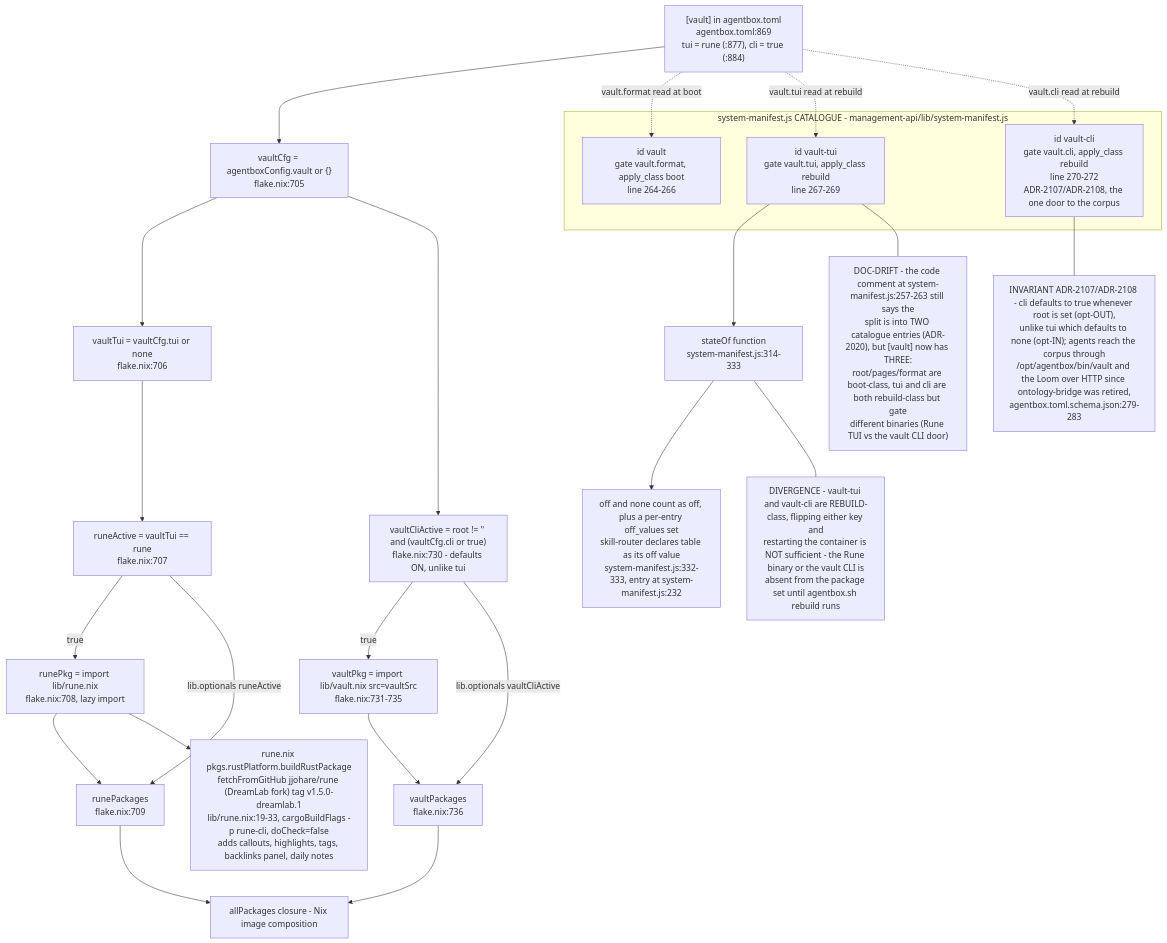
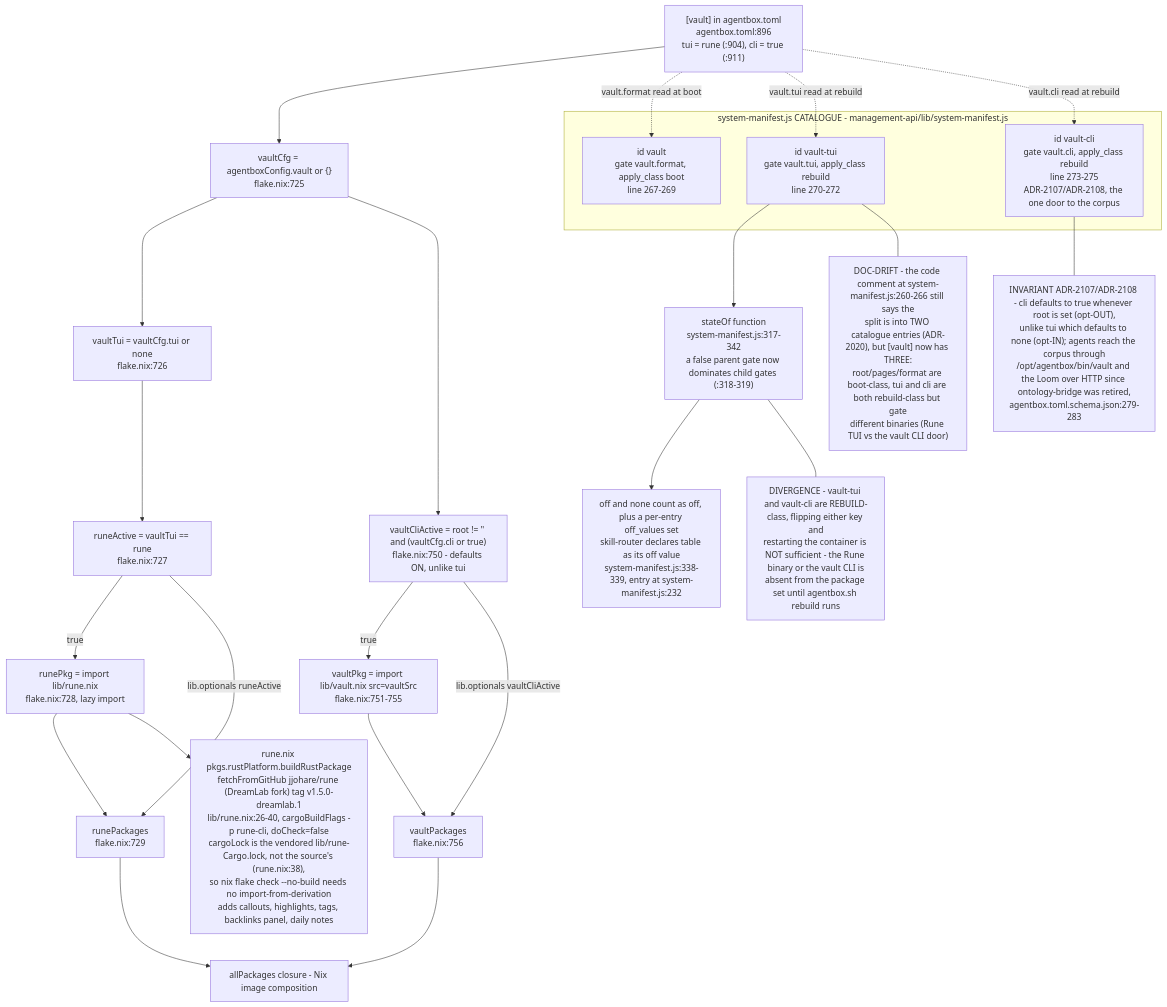
One commit to DreamLab-AI/VisionFlow changed the ninth of 10 diagrams in docs/diagrams/agentbox/01-nix-flake-composition.md. Above: the diagram before and after it, drawn with Mermaid. The commit also changed other lines of this file and 94 other files, not shown here.

First line of the commit message:
docs(diagrams): re-verify 130 topics against 2 October HEADs

````diff
--- a/docs/diagrams/agentbox/01-nix-flake-composition.md
+++ b/docs/diagrams/agentbox/01-nix-flake-composition.md
@@ -385,44 +399,44 @@
 ```mermaid
 flowchart TB
-    TOMLVAULT["[vault] in agentbox.toml<br/>agentbox.toml:869<br/>tui = rune (:877), cli = true (:884)"] --> VAULTCFG["vaultCfg = agentboxConfig.vault or {}<br/>flake.nix:705"]
+    TOMLVAULT["[vault] in agentbox.toml<br/>agentbox.toml:896<br/>tui = rune (:904), cli = true (:911)"] --> VAULTCFG["vaultCfg = agentboxConfig.vault or {}<br/>flake.nix:725"]
 
-    VAULTCFG --> TUIVAL["vaultTui = vaultCfg.tui or none<br/>flake.nix:706"]
-    TUIVAL --> RUNEACTIVE["runeActive = vaultTui == rune<br/>flake.nix:707"]
-    RUNEACTIVE -->|"true"| RUNEPKGIMPORT["runePkg = import lib/rune.nix<br/>flake.nix:708, lazy import"]
-    RUNEACTIVE -->|"lib.optionals runeActive"| RUNEPACKAGES["runePackages<br/>flake.nix:709"]
+    VAULTCFG --> TUIVAL["vaultTui = vaultCfg.tui or none<br/>flake.nix:726"]
+    TUIVAL --> RUNEACTIVE["runeActive = vaultTui == rune<br/>flake.nix:727"]
+    RUNEACTIVE -->|"true"| RUNEPKGIMPORT["runePkg = import lib/rune.nix<br/>flake.nix:728, lazy import"]
+    RUNEACTIVE -->|"lib.optionals runeActive"| RUNEPACKAGES["runePackages<br/>flake.nix:729"]
     RUNEPKGIMPORT --> RUNEPACKAGES
 
-    VAULTCFG --> CLIVAL["vaultCliActive = root != '' and (vaultCfg.cli or true)<br/>flake.nix:730 - defaults ON, unlike tui"]
-    CLIVAL -->|"true"| VAULTPKGIMPORT["vaultPkg = import lib/vault.nix src=vaultSrc<br/>flake.nix:731-735"]
-    CLIVAL -->|"lib.optionals vaultCliActive"| VAULTPACKAGES["vaultPackages<br/>flake.nix:736"]
+    VAULTCFG --> CLIVAL["vaultCliActive = root != '' and (vaultCfg.cli or true)<br/>flake.nix:750 - defaults ON, unlike tui"]
+    CLIVAL -->|"true"| VAULTPKGIMPORT["vaultPkg = import lib/vault.nix src=vaultSrc<br/>flake.nix:751-755"]
+    CLIVAL -->|"lib.optionals vaultCliActive"| VAULTPACKAGES["vaultPackages<br/>flake.nix:756"]
     VAULTPKGIMPORT --> VAULTPACKAGES
 
     RUNEPACKAGES --> ALLPKG["allPackages closure - Nix image composition"]
     VAULTPACKAGES --> ALLPKG
 
-    RUNEBUILD["rune.nix pkgs.rustPlatform.buildRustPackage<br/>fetchFromGitHub jjohare/rune (DreamLab fork) tag v1.5.0-dreamlab.1<br/>lib/rune.nix:19-33, cargoBuildFlags -p rune-cli, doCheck=false<br/>adds callouts, highlights, tags, backlinks panel, daily notes"]
+    RUNEBUILD["rune.nix pkgs.rustPlatform.buildRustPackage<br/>fetchFromGitHub jjohare/rune (DreamLab fork) tag v1.5.0-dreamlab.1<br/>lib/rune.nix:26-40, cargoBuildFlags -p rune-cli, doCheck=false<br/>cargoLock is the vendored lib/rune-Cargo.lock, not the source's (rune.nix:38),<br/>so nix flake check --no-build needs no import-from-derivation<br/>adds callouts, highlights, tags, backlinks panel, daily notes"]
     RUNEPKGIMPORT --> RUNEBUILD
 
     subgraph MANIFEST["system-manifest.js CATALOGUE - management-api/lib/system-manifest.js"]
-        VAULTENTRY["id vault<br/>gate vault.format, apply_class boot<br/>line 264-266"]
-        VAULTTUIENTRY["id vault-tui<br/>gate vault.tui, apply_class rebuild<br/>line 267-269"]
-        VAULTCLIENTRY["id vault-cli<br/>gate vault.cli, apply_class rebuild<br/>line 270-272<br/>ADR-2107/ADR-2108, the one door to the corpus"]
+        VAULTENTRY["id vault<br/>gate vault.format, apply_class boot<br/>line 267-269"]
+        VAULTTUIENTRY["id vault-tui<br/>gate vault.tui, apply_class rebuild<br/>line 270-272"]
+        VAULTCLIENTRY["id vault-cli<br/>gate vault.cli, apply_class rebuild<br/>line 273-275<br/>ADR-2107/ADR-2108, the one door to the corpus"]
     end
 
     TOMLVAULT -.->|"vault.format read at boot"| VAULTENTRY
     TOMLVAULT -.->|"vault.tui read at rebuild"| VAULTTUIENTRY
     TOMLVAULT -.->|"vault.cli read at rebuild"| VAULTCLIENTRY
 
-    STATEOF["stateOf function<br/>system-manifest.js:314-333"]
+    STATEOF["stateOf function<br/>system-manifest.js:317-342<br/>a false parent gate now dominates child gates (:318-319)"]
     VAULTTUIENTRY --> STATEOF
-    STATEOF --> MODESTRING["off and none count as off, plus a per-entry off_values set<br/>skill-router declares table as its off value<br/>system-manifest.js:332-333, entry at system-manifest.js:232"]
+    STATEOF --> MODESTRING["off and none count as off, plus a per-entry off_values set<br/>skill-router declares table as its off value<br/>system-manifest.js:338-339, entry at system-manifest.js:232"]
 
-    NOTE1["DOC-DRIFT - the code comment at system-manifest.js:257-263 still says the<br/>split is into TWO catalogue entries (ADR-2020), but [vault] now has THREE:<br/>root/pages/format are boot-class, tui and cli are both rebuild-class but gate<br/>different binaries (Rune TUI vs the vault CLI door)"]
+    NOTE1["DOC-DRIFT - the code comment at system-manifest.js:260-266 still says the<br/>split is into TWO catalogue entries (ADR-2020), but [vault] now has THREE:<br/>root/pages/format are boot-class, tui and cli are both rebuild-class but gate<br/>different binaries (Rune TUI vs the vault CLI door)"]
     VAULTTUIENTRY --- NOTE1
 
     NOTE2["DIVERGENCE - vault-tui and vault-cli are REBUILD-class, flipping either key and<br/>restarting the container is NOT sufficient - the Rune binary or the vault CLI is<br/>absent from the package set until agentbox.sh rebuild runs"]
     STATEOF --- NOTE2
 
     NOTE3["INVARIANT ADR-2107/ADR-2108 - cli defaults to true whenever root is set (opt-OUT),<br/>unlike tui which defaults to none (opt-IN); agents reach the corpus through<br/>/opt/agentbox/bin/vault and the Loom over HTTP since ontology-bridge was retired,<br/>agentbox.toml.schema.json:279-283"]
     VAULTCLIENTRY --- NOTE3
 ```
````
